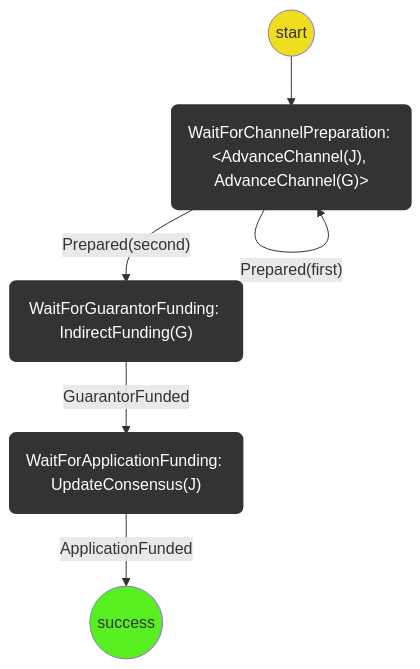
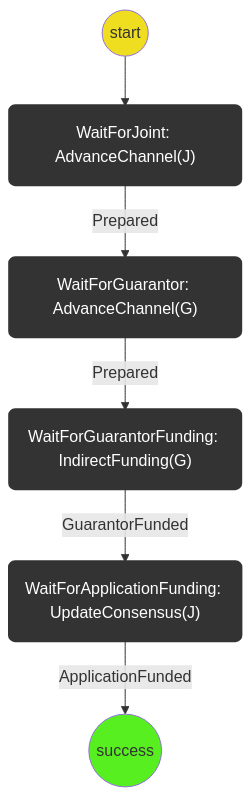
The second of 2 diagrams in packages/wallet/packages/wallet/src/redux/protocols/virtual-funding/readme.md (statechannels/statechannels), drawn with Mermaid before and after one commit. The commit also changed other lines of this file and 8 other files, not shown here.

````diff
--- a/packages/wallet/packages/wallet/src/redux/protocols/virtual-funding/readme.md
+++ b/packages/wallet/packages/wallet/src/redux/protocols/virtual-funding/readme.md
@@ -73,20 +71,20 @@
 ```mermaid
 graph TD
 linkStyle default interpolate basis
-  St((start)) --> WFOC("WaitForChannelPreparation: #60;AdvanceChannel(J), AdvanceChannel(G)#62;")
+  St((start)) --> WFJ("WaitForJoint: AdvanceChannel(J)")
+  WFJ --> |Prepared| WFG("WaitForGuarantor: AdvanceChannel(G)")
 
-  WFOC --> |"Prepared(first)"| WFOC
-  WFOC --> |"Prepared(second)"| WFGF("WaitForGuarantorFunding: IndirectFunding(G)")
+  WFG --> |"Prepared"| WFGF("WaitForGuarantorFunding: IndirectFunding(G)")
 
   WFGF --> |GuarantorFunded| WFAF("WaitForApplicationFunding: UpdateConsensus(J)")
   WFAF --> |ApplicationFunded| S((success))
 
   classDef logic fill:#efdd20;
   classDef Success fill:#58ef21;
   classDef Failure fill:#f45941;
   classDef WaitForChildProtocol stroke:#333,stroke-width:4px,color:#ffff,fill:#333;
   class St logic;
   class S Success;
   class F Failure;
-  class WFAp,Fi,WFOC,WFJ,WFAF,WFGF WaitForChildProtocol
+  class WFAp,Fi,WFG,WFJ,WFAF,WFGF WaitForChildProtocol
 ```
````
